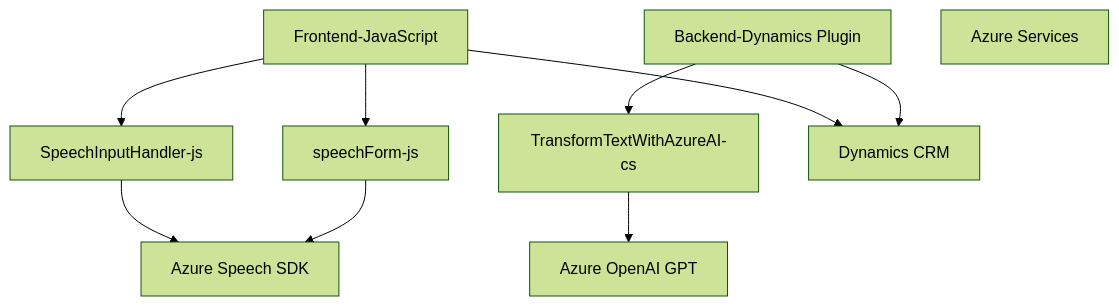
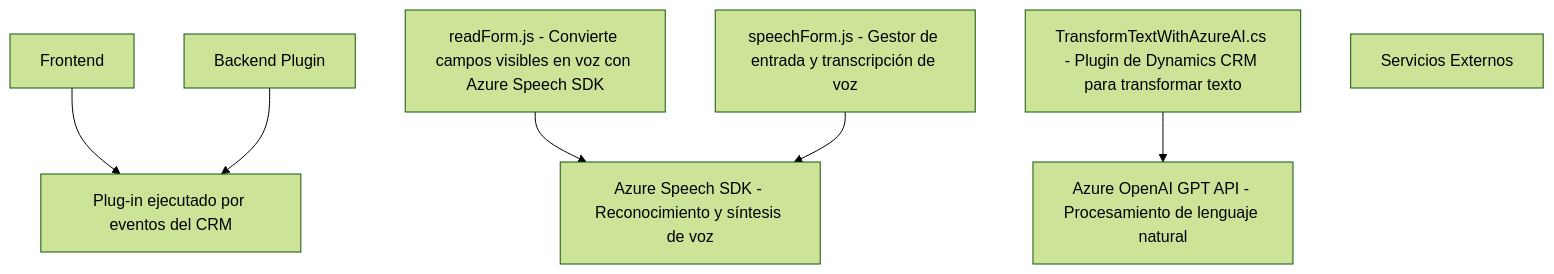
Before and after one commit to blopezdm/NETCORE_BILBAO2025: the diagram in README.md, drawn with Mermaid (forest theme). The commit also changed other lines of this file, not shown here.

Commit message:
Actualizar análisis global de la solución con IA

````diff
--- a/README.md
+++ b/README.md
@@ -35,23 +51,17 @@
 ```mermaid
 graph TD
-  A["Frontend-JavaScript"]
-  A1["SpeechInputHandler-js"]
-  A2["speechForm-js"]
-  A --> A1
-  A --> A2
-  
-  B["Backend-Dynamics Plugin"]
-  B1["TransformTextWithAzureAI-cs"]
-  B --> B1
-  
-  C["Azure Services"]
-  C1["Azure Speech SDK"]
-  C2["Azure OpenAI GPT"]
-  A1 --> C1
-  A2 --> C1
-  B1 --> C2
-  
-  D["Dynamics CRM"]
-  A --> D
-  B --> D
+    A["Frontend"]
+    A1["readForm.js - Convierte campos visibles en voz con Azure Speech SDK"]
+    A2["speechForm.js - Gestor de entrada y transcripción de voz"]
+    B["Backend Plugin"]
+    B1["TransformTextWithAzureAI.cs - Plugin de Dynamics CRM para transformar texto"]
+    C["Servicios Externos"]
+    C1["Azure Speech SDK - Reconocimiento y síntesis de voz"]
+    C2["Azure OpenAI GPT API - Procesamiento de lenguaje natural"]
+    D["CRM Dynamics"]
+    A --> D["Integración de contexto de formularios"]
+    B --> D["Plug-in ejecutado por eventos del CRM"]
+    A1 --> C1
+    A2 --> C1
+    B1 --> C2
 ```
````
